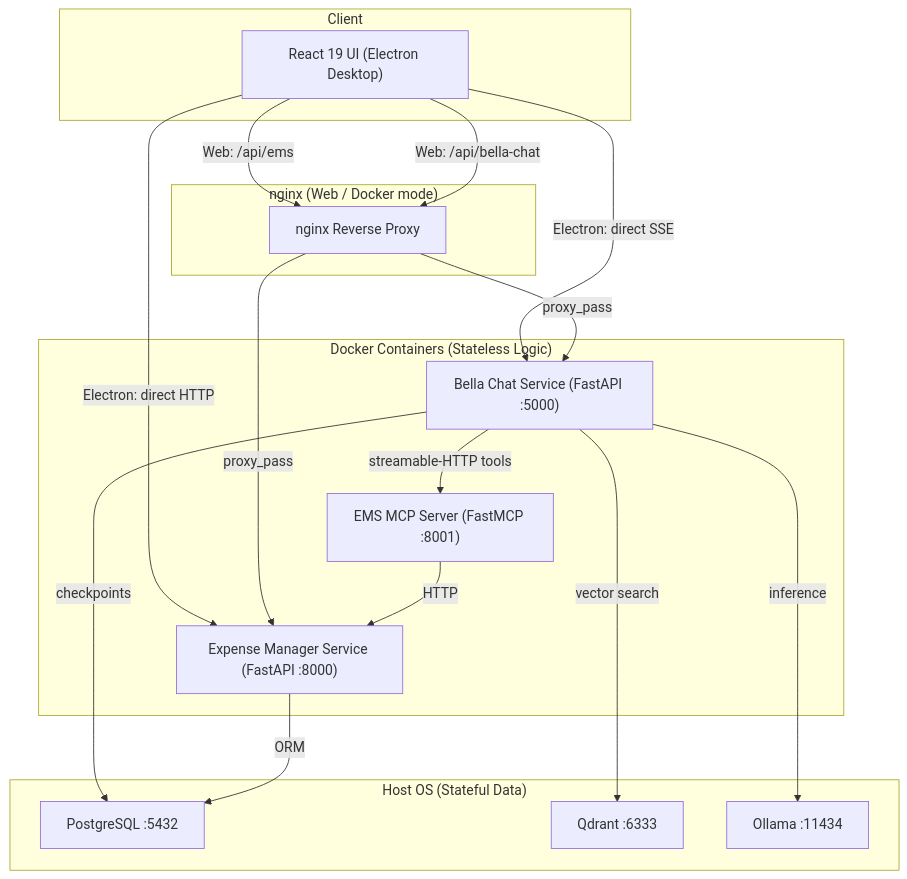
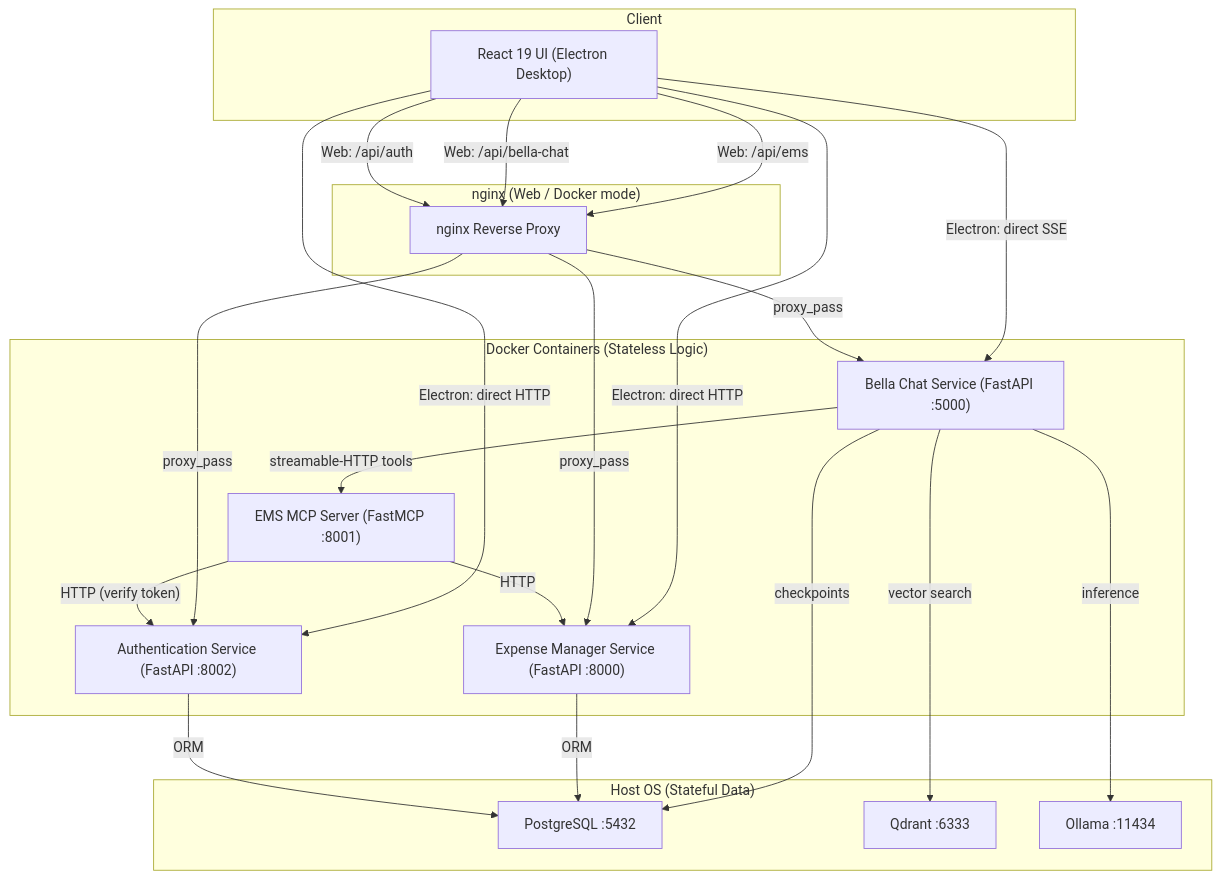
One commit to shangar-t-a/keys-personal-wiki changed the diagram in keys-wiki-site/docs/projects/bella-assist/index.md. Above: the diagram before and after it, drawn with Mermaid. The commit also changed other lines of this file and 45 other files, not shown here.

````diff
--- a/keys-wiki-site/docs/projects/bella-assist/index.md
+++ b/keys-wiki-site/docs/projects/bella-assist/index.md
@@ -24,35 +24,41 @@
 ```mermaid
 graph TD
     subgraph Client ["Client"]
         UI["React 19 UI (Electron Desktop)"]
     end
 
     subgraph Gateway ["nginx (Web / Docker mode)"]
         Nginx["nginx Reverse Proxy"]
     end
 
     subgraph Containers ["Docker Containers (Stateless Logic)"]
         EMS["Expense Manager Service (FastAPI :8000)"]
         Chat["Bella Chat Service (FastAPI :5000)"]
         MCPServer["EMS MCP Server (FastMCP :8001)"]
+        Auth["Authentication Service (FastAPI :8002)"]
     end
 
     subgraph Host ["Host OS (Stateful Data)"]
         Postgres["PostgreSQL :5432"]
         Qdrant["Qdrant :6333"]
         Ollama["Ollama :11434"]
     end
 
     UI -->|"Electron: direct HTTP"| EMS
     UI -->|"Electron: direct SSE"| Chat
+    UI -->|"Electron: direct HTTP"| Auth
     UI -->|"Web: /api/ems"| Nginx
     UI -->|"Web: /api/bella-chat"| Nginx
+    UI -->|"Web: /api/auth"| Nginx
     Nginx -->|"proxy_pass"| EMS
     Nginx -->|"proxy_pass"| Chat
+    Nginx -->|"proxy_pass"| Auth
     Chat -->|"streamable-HTTP tools"| MCPServer
     MCPServer -->|"HTTP"| EMS
+    MCPServer -->|"HTTP (verify token)"| Auth
     Chat -->|"vector search"| Qdrant
     Chat -->|"checkpoints"| Postgres
     Chat -->|"inference"| Ollama
     EMS -->|"ORM"| Postgres
+    Auth -->|"ORM"| Postgres
 ```
````
